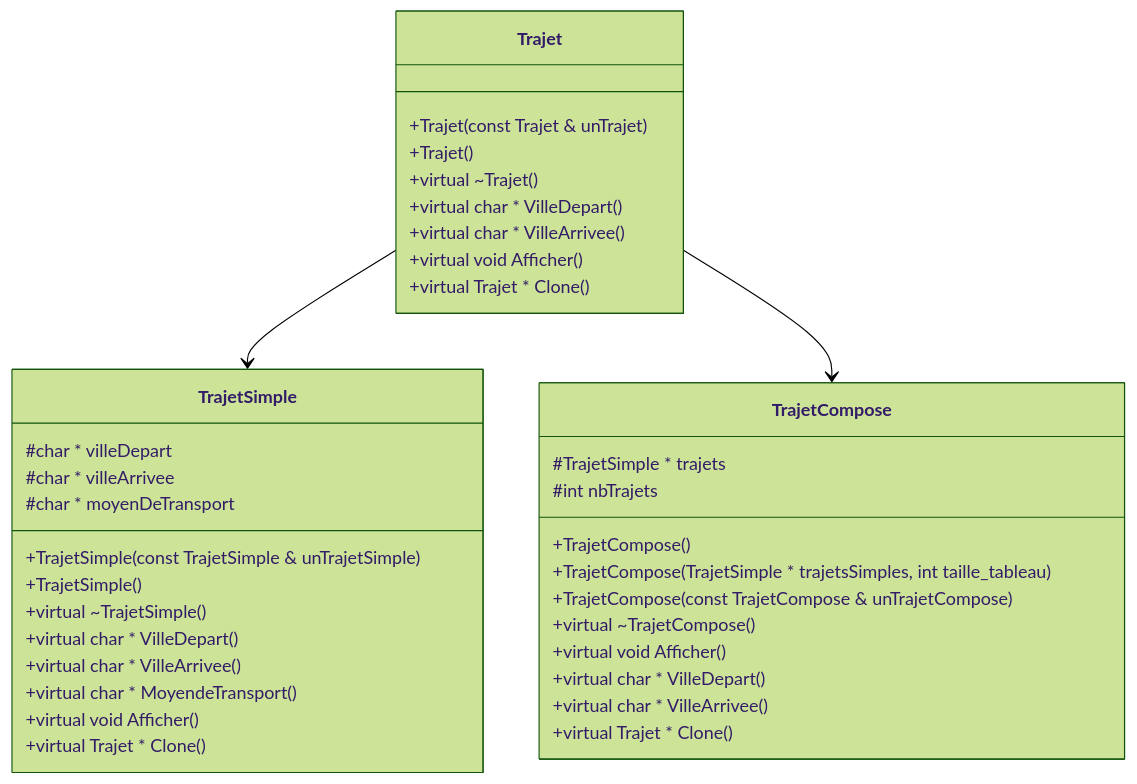
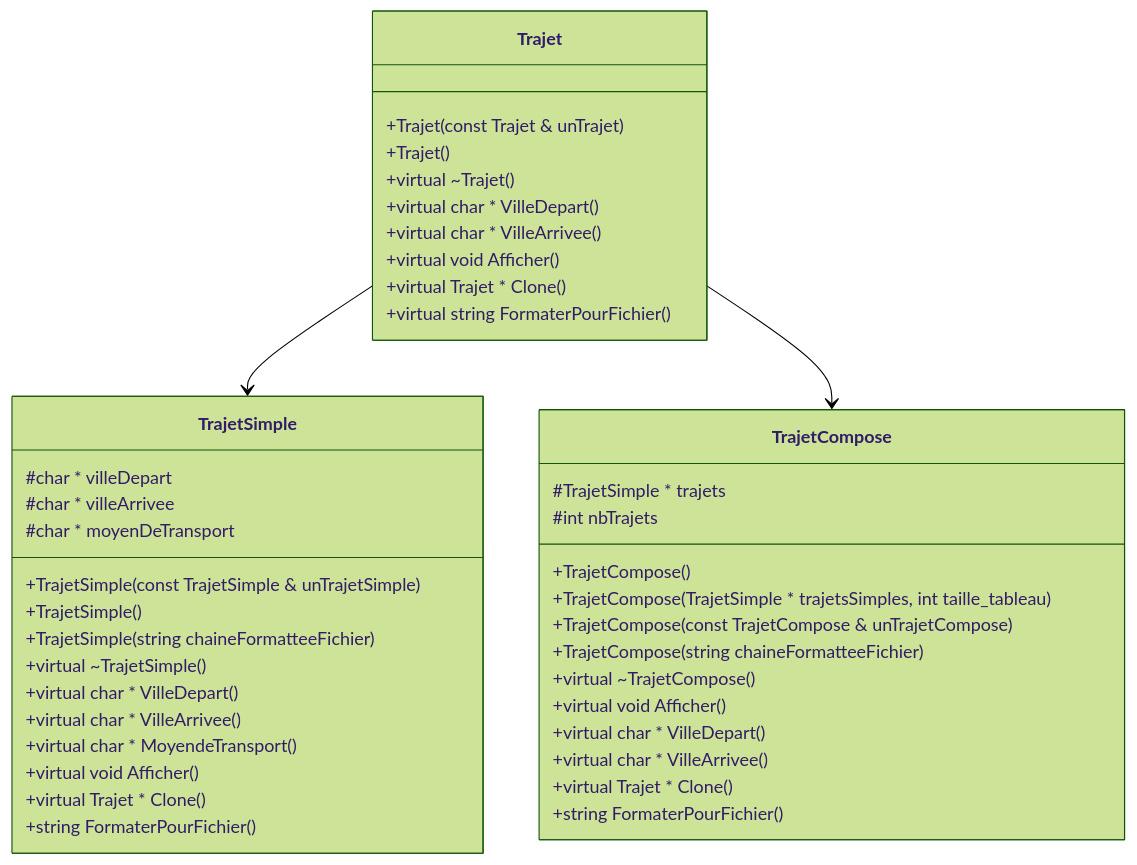
One commit to hugo-b-r/CPP-TP2 changed the second of 3 diagrams in README.md. Above: the diagram before and after it, drawn with Mermaid (forest theme). The commit also changed other lines of this file and 1 other file, not shown here.

Commit message:
Ajout d'un exemple et des méthodes que nous allons implémenter

````diff
--- a/README.md
+++ b/README.md
@@ -52,49 +52,53 @@
 ```mermaid
 
 classDiagram
     class Trajet {
         +Trajet ( const Trajet & unTrajet )
         +Trajet ( )
         +virtual ~Trajet ( )
         +virtual char * VilleDepart()
         +virtual char * VilleArrivee()
         +virtual void Afficher()
         +virtual Trajet * Clone()
+        +virtual string FormaterPourFichier()
     }
 
     
     class TrajetSimple {
         #char * villeDepart
         #char * villeArrivee
         #char * moyenDeTransport
 
         +TrajetSimple(const TrajetSimple & unTrajetSimple)
         +TrajetSimple()
+        +TrajetSimple( string chaineFormatteeFichier )
         +virtual ~TrajetSimple()
         +virtual char * VilleDepart()
         +virtual char * VilleArrivee()
         +virtual char * MoyendeTransport()
         +virtual void Afficher ()
         +virtual Trajet * Clone()
+        +string FormaterPourFichier()
     }
     Trajet-->TrajetSimple
     
     class TrajetCompose {
         #TrajetSimple * trajets
         #int nbTrajets
 
         +TrajetCompose()
         +TrajetCompose ( TrajetSimple * trajetsSimples, int taille_tableau )
         +TrajetCompose ( const TrajetCompose & unTrajetCompose )
+        +TrajetCompose ( string chaineFormatteeFichier )
         +virtual ~TrajetCompose()
         +virtual void Afficher()
         +virtual char * VilleDepart()
         +virtual char * VilleArrivee()
         +virtual Trajet * Clone()
-        
+        +string FormaterPourFichier()
     }
     Trajet-->TrajetCompose
 
 
 
 ```
````
